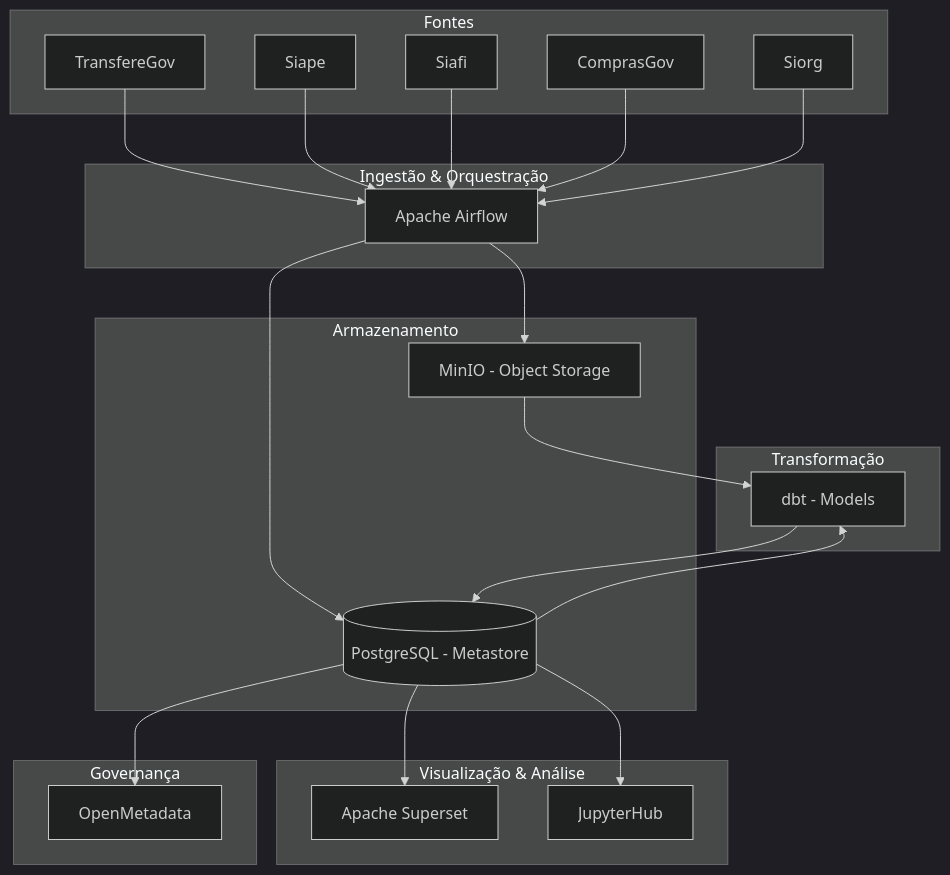
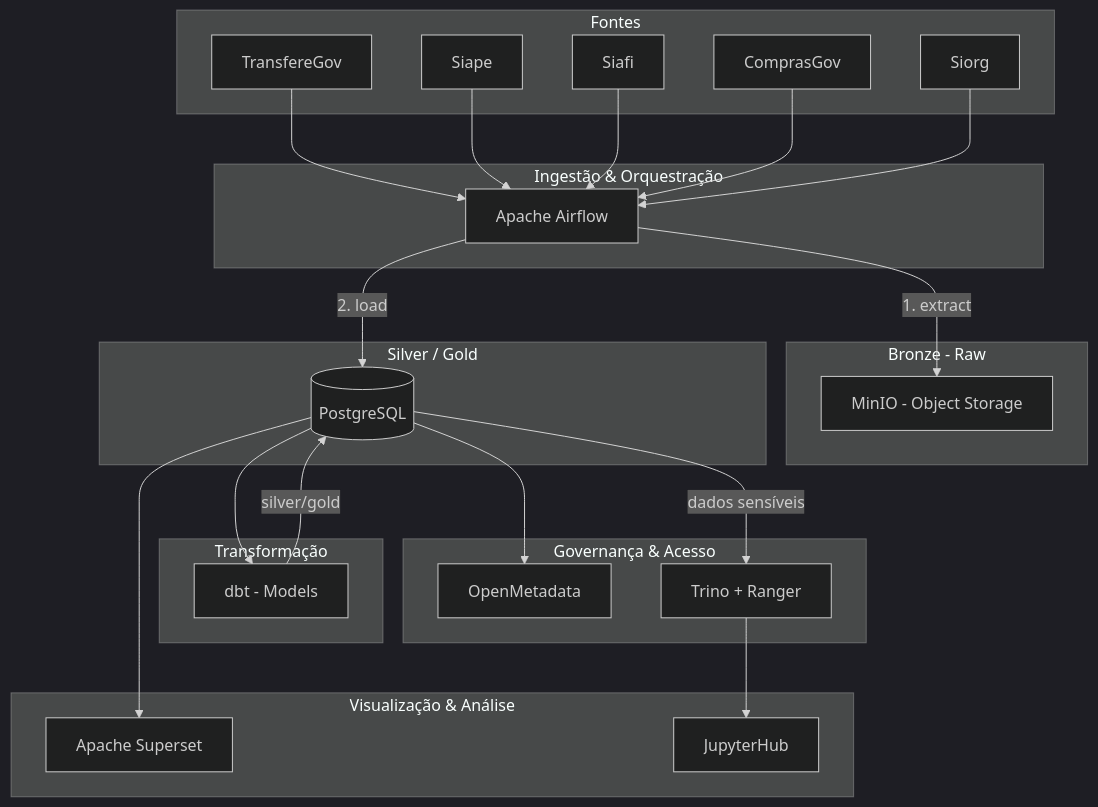
One commit to RochaCarla/doc-bp changed the diagram in _plan/plano-documentacao-govhub.md. Above: the diagram before and after it, drawn with Mermaid (dark theme). The commit also changed other lines of this file and 28 other files, not shown here.

````diff
--- a/_plan/plano-documentacao-govhub.md
+++ b/_plan/plano-documentacao-govhub.md
@@ -25,46 +38,50 @@
 ```mermaid
 graph TB
     subgraph "Fontes"
         TG[TransfereGov]
         SI[Siape]
         SF[Siafi]
         CG[ComprasGov]
         SO[Siorg]
     end
 
     subgraph "Ingestão & Orquestração"
         AF[Apache Airflow]
     end
 
-    subgraph "Armazenamento"
+    subgraph "Bronze - Raw"
         MN[MinIO - Object Storage]
-        PG[(PostgreSQL - Metastore)]
+    end
+
+    subgraph "Silver / Gold"
+        PG[(PostgreSQL)]
     end
 
     subgraph "Transformação"
         DBT[dbt - Models]
     end
 
     subgraph "Visualização & Análise"
         SS[Apache Superset]
         JH[JupyterHub]
     end
 
-    subgraph "Governança"
+    subgraph "Governança & Acesso"
         OM[OpenMetadata]
+        TR[Trino + Ranger]
     end
 
     TG --> AF
     SI --> AF
     SF --> AF
     CG --> AF
     SO --> AF
-    AF --> MN
-    AF --> PG
-    MN --> DBT
+    AF -->|"1. extract"| MN
+    AF -->|"2. load"| PG
     PG --> DBT
-    DBT --> PG
+    DBT -->|"silver/gold"| PG
     PG --> SS
-    PG --> JH
+    PG -->|"dados sensíveis"| TR
+    TR --> JH
     PG --> OM
 ```
````
